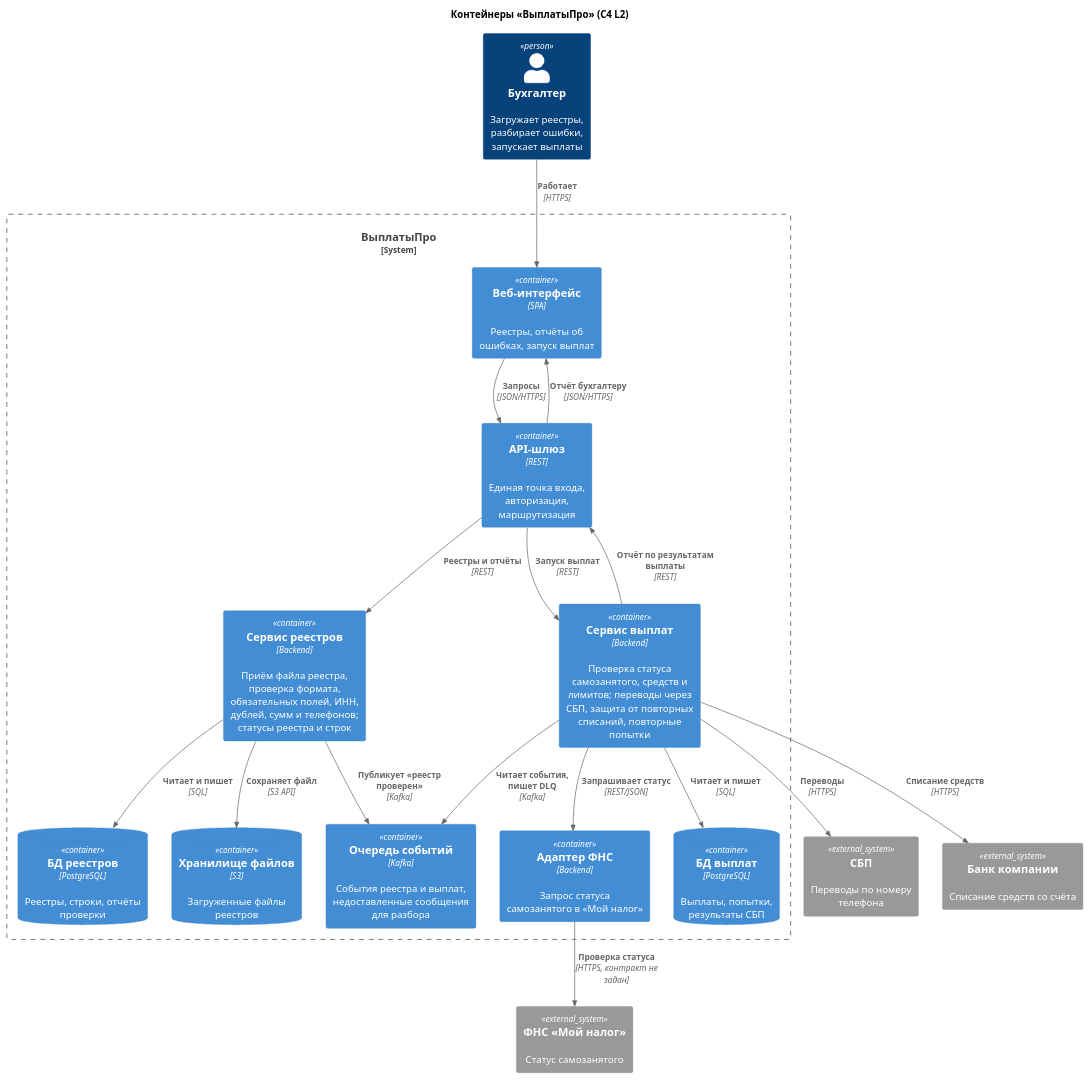
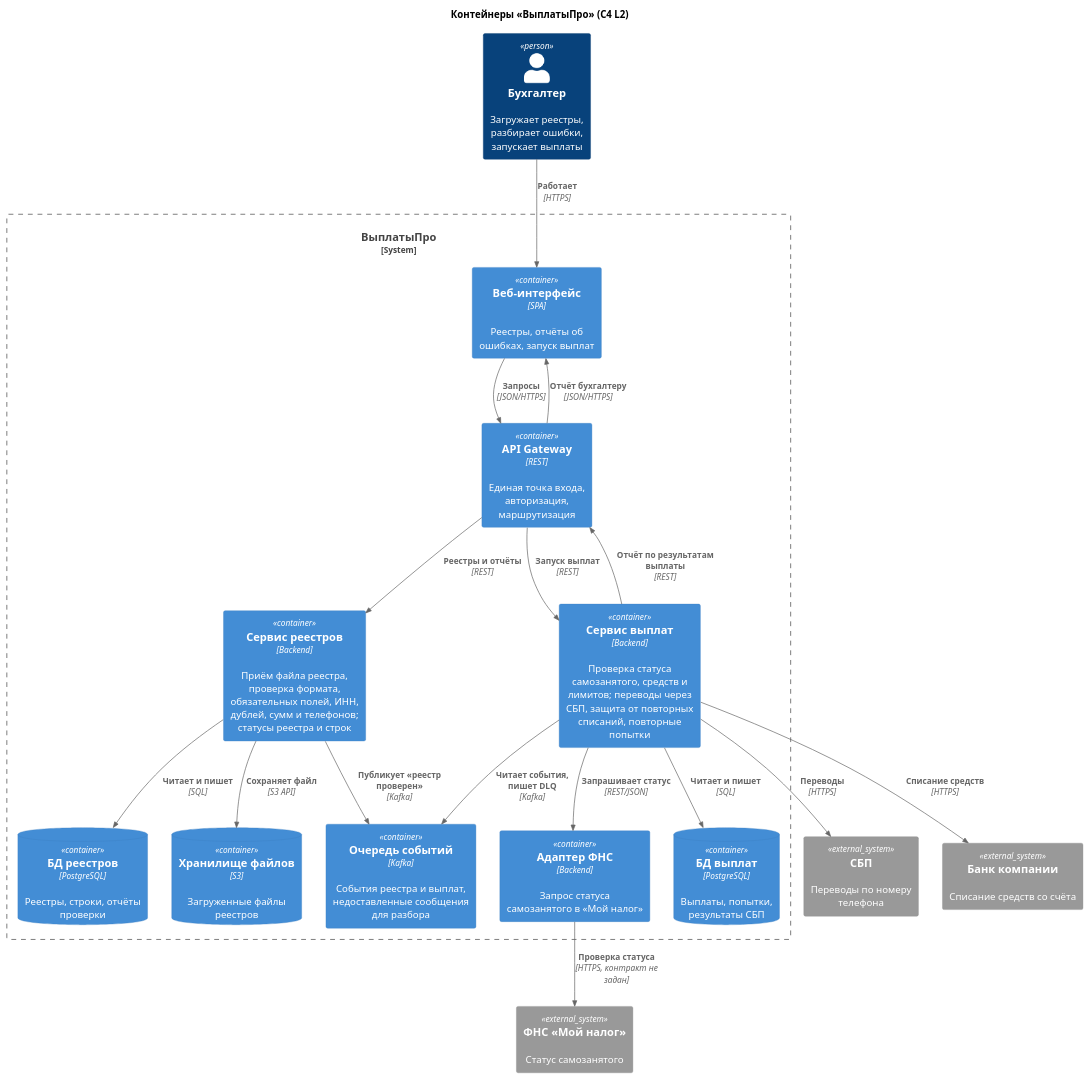
The diagram in artifacts/c4-container.md (Antipindima1/722), drawn with PlantUML before and after one commit. The commit also changed other lines of this file, not shown here.

Commit message:
docs(c4): rename container to API Gateway

````diff
--- a/artifacts/c4-container.md
+++ b/artifacts/c4-container.md
@@ -21,42 +21,42 @@
 ```plantuml
 @startuml
 !include <C4/C4_Container>
 
 title Контейнеры «ВыплатыПро» (C4 L2)
 
 Person(accountant, "Бухгалтер", "Загружает реестры, разбирает ошибки, запускает выплаты")
 
 System_Boundary(s, "ВыплатыПро") {
   Container(web, "Веб-интерфейс", "SPA", "Реестры, отчёты об ошибках, запуск выплат")
-  Container(api, "API-шлюз", "REST", "Единая точка входа, авторизация, маршрутизация")
+  Container(api, "API Gateway", "REST", "Единая точка входа, авторизация, маршрутизация")
   Container(registry, "Сервис реестров", "Backend", "Приём файла реестра, проверка формата, обязательных полей, ИНН, дублей, сумм и телефонов; статусы реестра и строк")
   Container(payout, "Сервис выплат", "Backend", "Проверка статуса самозанятого, средств и лимитов; переводы через СБП, защита от повторных списаний, повторные попытки")
   Container(fns, "Адаптер ФНС", "Backend", "Запрос статуса самозанятого в «Мой налог»")
   Container(queue, "Очередь событий", "Kafka", "События реестра и выплат, недоставленные сообщения для разбора")
   ContainerDb(dbReg, "БД реестров", "PostgreSQL", "Реестры, строки, отчёты проверки")
   ContainerDb(dbPay, "БД выплат", "PostgreSQL", "Выплаты, попытки, результаты СБП")
   ContainerDb(storage, "Хранилище файлов", "S3", "Загруженные файлы реестров")
 }
 
 System_Ext(fnsExt, "ФНС «Мой налог»", "Статус самозанятого")
 System_Ext(sbp, "СБП", "Переводы по номеру телефона")
 System_Ext(bank, "Банк компании", "Списание средств со счёта")
 
 Rel(accountant, web, "Работает", "HTTPS")
 Rel(web, api, "Запросы", "JSON/HTTPS")
 Rel(api, registry, "Реестры и отчёты", "REST")
 Rel(api, payout, "Запуск выплат", "REST")
 Rel(registry, storage, "Сохраняет файл", "S3 API")
 Rel(registry, dbReg, "Читает и пишет", "SQL")
 Rel(registry, queue, "Публикует «реестр проверен»", "Kafka")
 Rel(payout, queue, "Читает события, пишет DLQ", "Kafka")
 Rel(payout, dbPay, "Читает и пишет", "SQL")
 Rel(payout, api, "Отчёт по результатам выплаты", "REST")
 Rel(api, web, "Отчёт бухгалтеру", "JSON/HTTPS")
 Rel(payout, fns, "Запрашивает статус", "REST/JSON")
 Rel(fns, fnsExt, "Проверка статуса", "HTTPS, контракт не задан")
 Rel(payout, sbp, "Переводы", "HTTPS")
 Rel(payout, bank, "Списание средств", "HTTPS")
 
 @enduml
 ```
````
